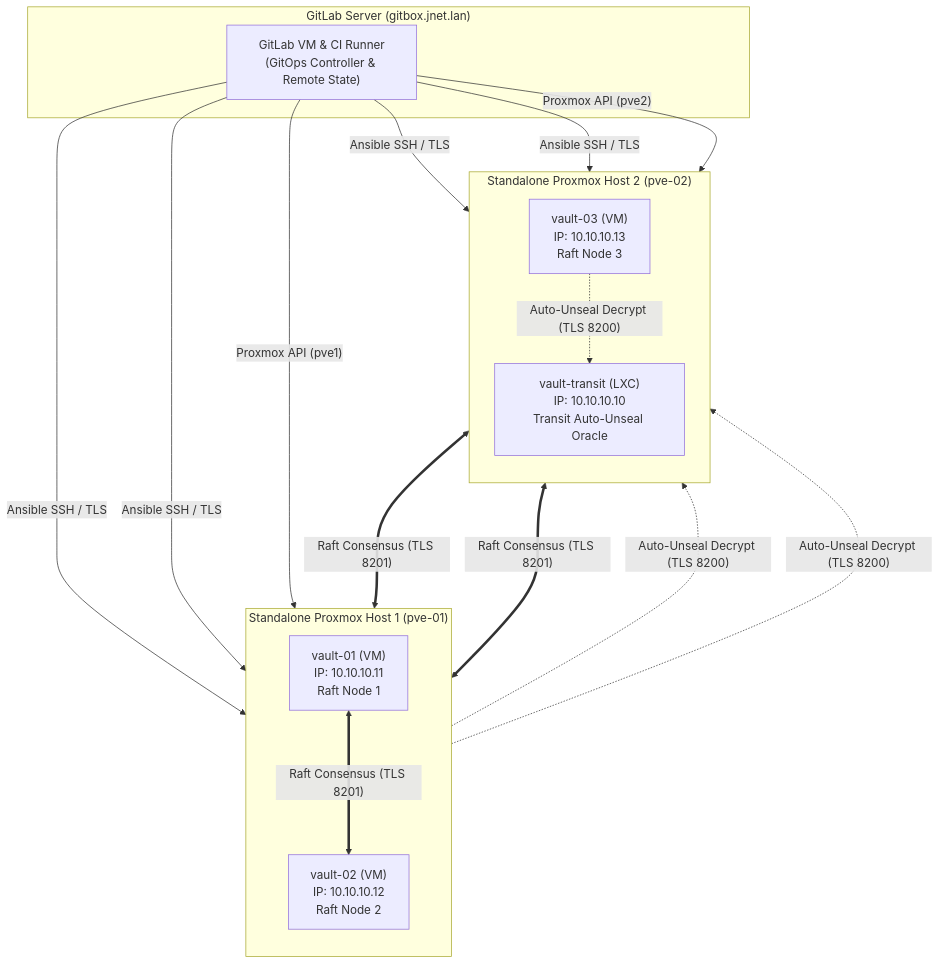
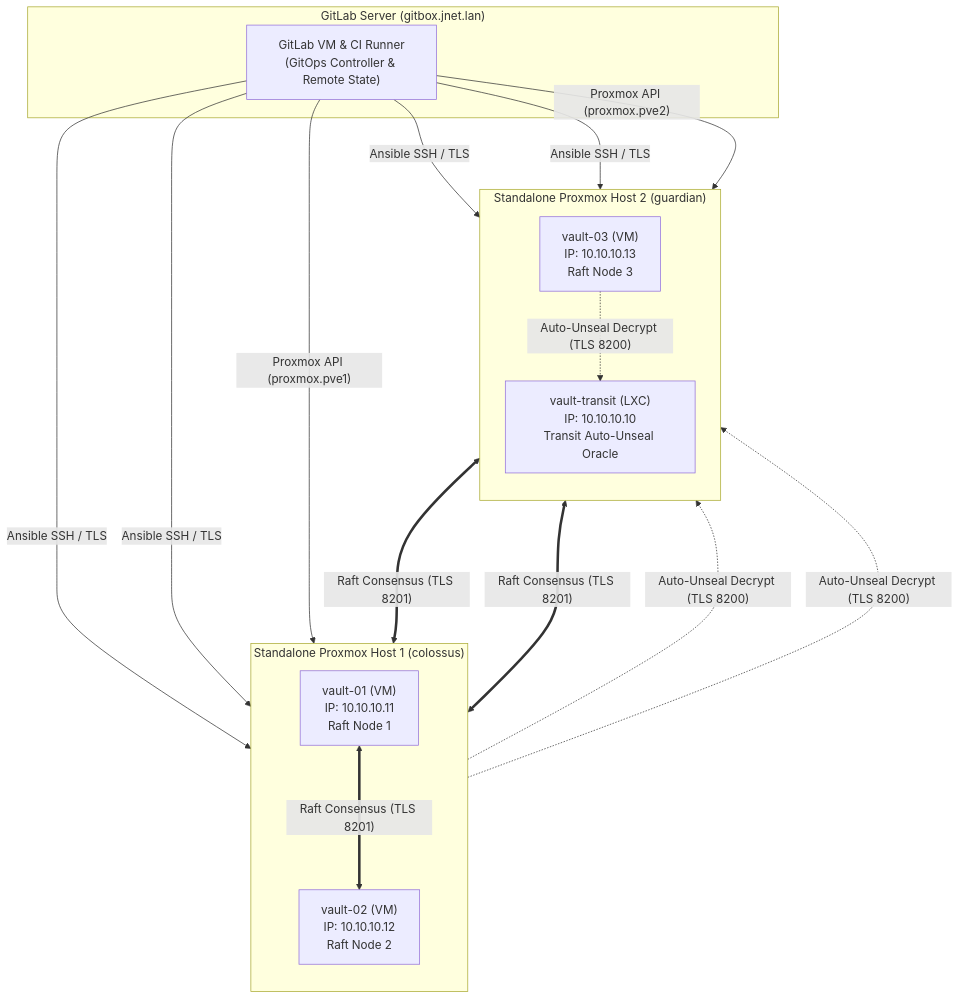
Before and after one commit to antonj-code/vault-bootstrap: the diagram in README.md, drawn with Mermaid. The commit also changed other lines of this file and 6 other files, not shown here.

First line of the commit message:
chore: update host definitions and documentation for colossus and guardian

````diff
--- a/README.md
+++ b/README.md
@@ -9,33 +9,33 @@
 ```mermaid
 flowchart TB
-    subgraph Host1["Standalone Proxmox Host 1 (pve-01)"]
+    subgraph Host1["Standalone Proxmox Host 1 (colossus)"]
         direction TB
         V1["vault-01 (VM)<br/>IP: 10.10.10.11<br/>Raft Node 1"]
         V2["vault-02 (VM)<br/>IP: 10.10.10.12<br/>Raft Node 2"]
     end
 
-    subgraph Host2["Standalone Proxmox Host 2 (pve-02)"]
+    subgraph Host2["Standalone Proxmox Host 2 (guardian)"]
         direction TB
         V3["vault-03 (VM)<br/>IP: 10.10.10.13<br/>Raft Node 3"]
         VT["vault-transit (LXC)<br/>IP: 10.10.10.10<br/>Transit Auto-Unseal Oracle"]
     end
 
     subgraph Management["GitLab Server (gitbox.jnet.lan)"]
         GL["GitLab VM & CI Runner<br/>(GitOps Controller & Remote State)"]
     end
 
     V1 <===>|"Raft Consensus (TLS 8201)"| V2
     V2 <===>|"Raft Consensus (TLS 8201)"| V3
     V3 <===>|"Raft Consensus (TLS 8201)"| V1
 
     V1 -.->|"Auto-Unseal Decrypt (TLS 8200)"| VT
     V2 -.->|"Auto-Unseal Decrypt (TLS 8200)"| VT
     V3 -.->|"Auto-Unseal Decrypt (TLS 8200)"| VT
 
-    GL -->|"Proxmox API (pve1)"| Host1
-    GL -->|"Proxmox API (pve2)"| Host2
+    GL -->|"Proxmox API (proxmox.pve1)"| Host1
+    GL -->|"Proxmox API (proxmox.pve2)"| Host2
     GL -->|"Ansible SSH / TLS"| V1
     GL -->|"Ansible SSH / TLS"| V2
     GL -->|"Ansible SSH / TLS"| V3
     GL -->|"Ansible SSH / TLS"| VT
 ```
````
